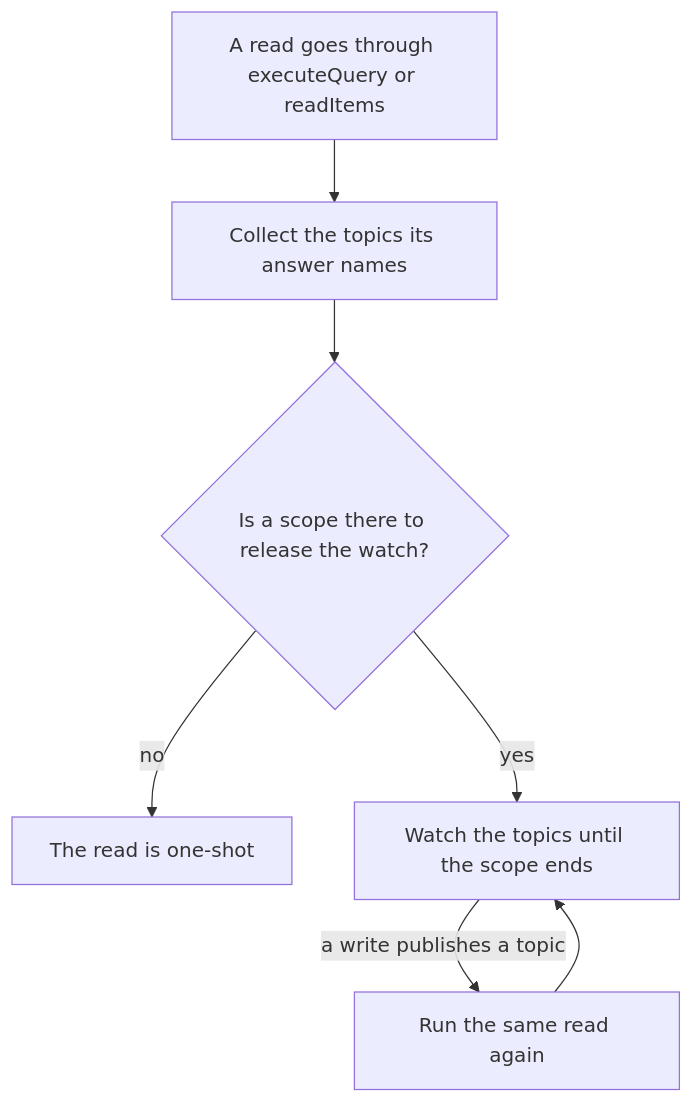
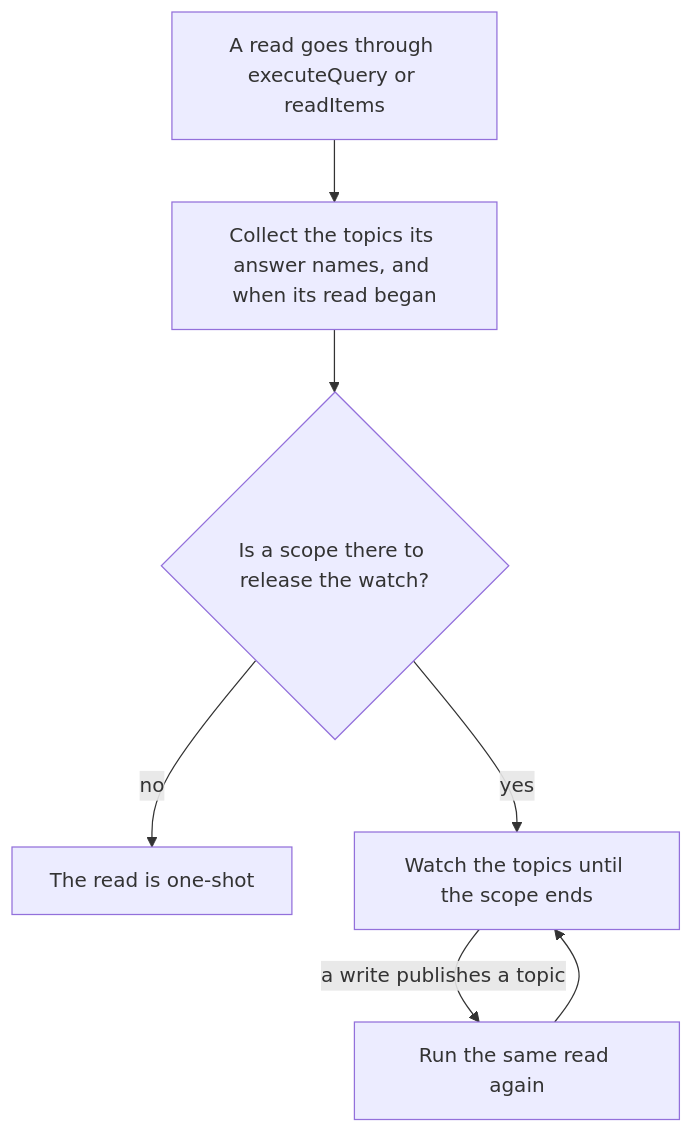
The first of 3 diagrams in openspec/specs/architecture/client-data/design.md (Esposter/Esposter), drawn with Mermaid before and after one commit. The commit also changed other lines of this file and 28 other files, not shown here.

First line of the commit message:
fix(realtime): a read's watch is told of a publish made since the read began

````diff
--- a/openspec/specs/architecture/client-data/design.md
+++ b/openspec/specs/architecture/client-data/design.md
@@ -48,9 +48,9 @@
 ```mermaid
 flowchart TD
-  Read[A read goes through executeQuery or readItems] --> Collect[Collect the topics its answer names]
+  Read[A read goes through executeQuery or readItems] --> Collect[Collect the topics its answer names, and when its read began]
   Collect --> Scope{Is a scope there to release the watch?}
   Scope -->|no| Once[The read is one-shot]
   Scope -->|yes| Watch[Watch the topics until the scope ends]
   Watch -->|a write publishes a topic| Again[Run the same read again]
   Again --> Watch
 ```
````
